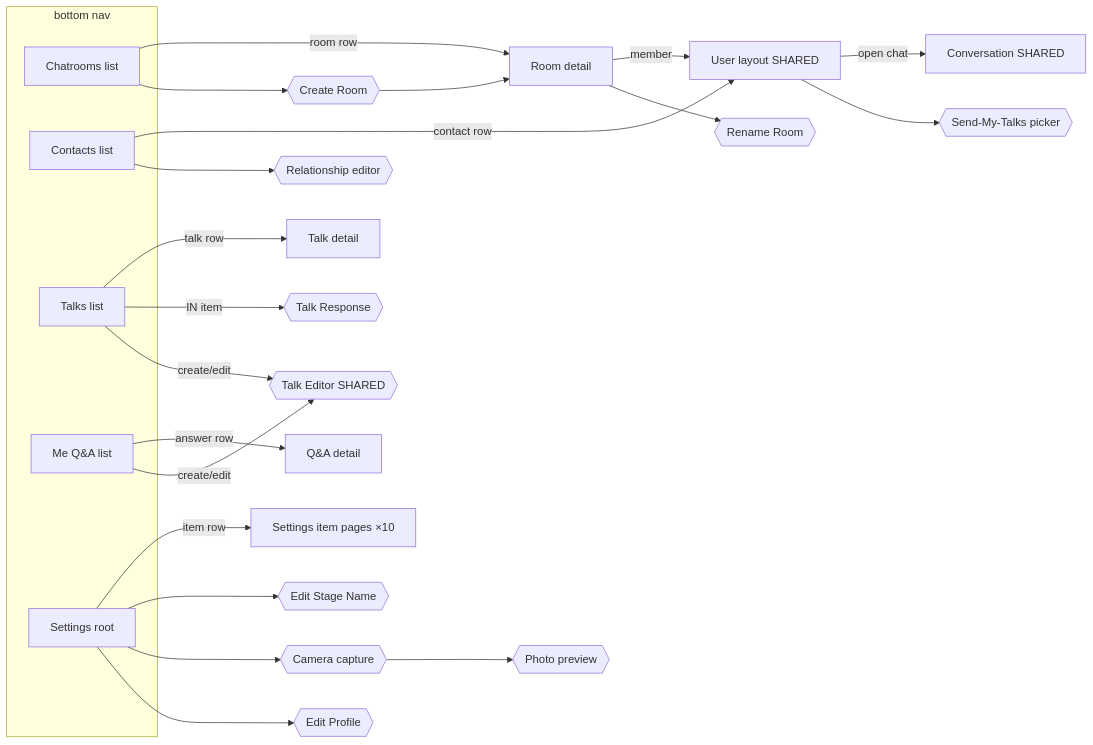
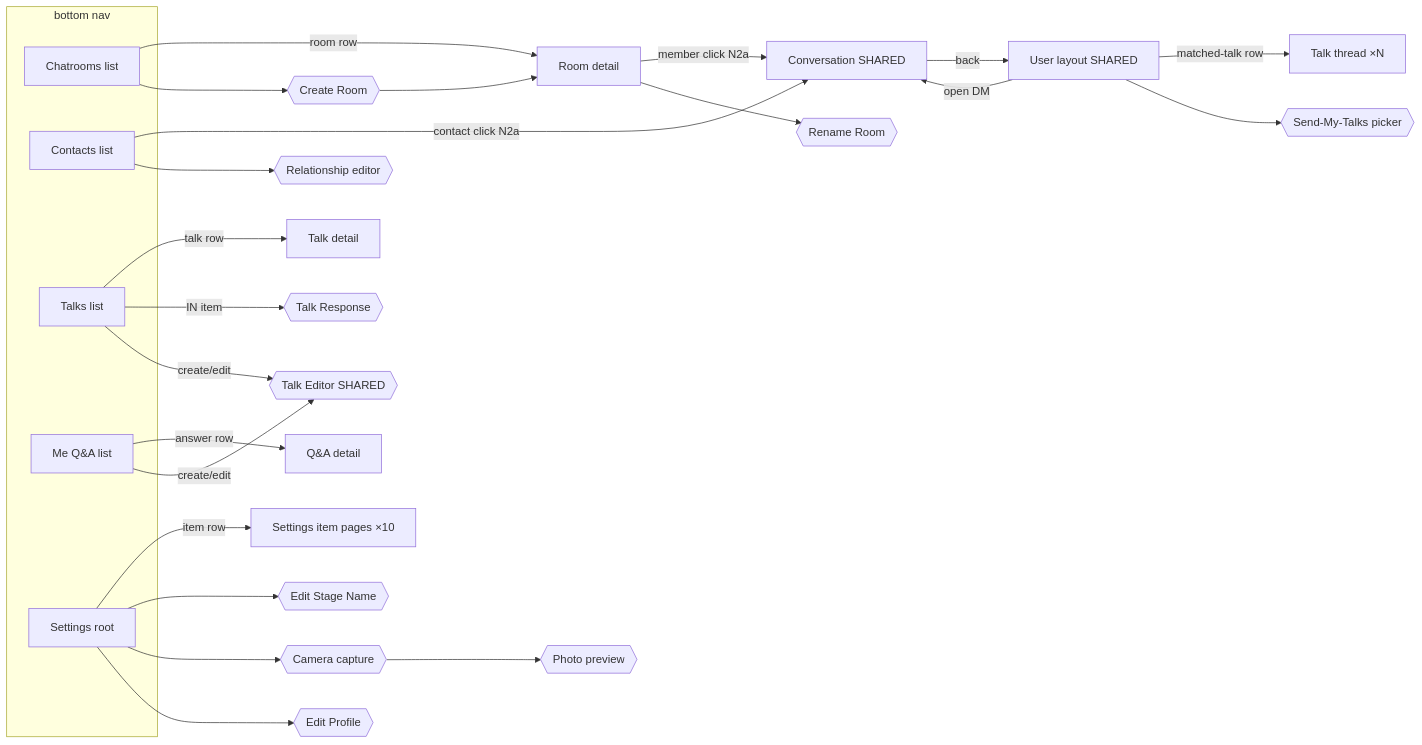
Before and after one commit to BernardJiang/IinPublic: the diagram in docs/gui-redesign-plan.md, drawn with Mermaid. The commit also changed other lines of this file and 2 other files, not shown here.

First line of the commit message:
Add conversation-first navigation, matched-talk threads, and platform test matrix

````diff
--- a/docs/gui-redesign-plan.md
+++ b/docs/gui-redesign-plan.md
@@ -167,23 +172,25 @@
 ```mermaid
 graph LR
   subgraph tabs [bottom nav]
     CH[Chatrooms list]; CO[Contacts list]; TA[Talks list]; ME[Me Q&A list]; SE[Settings root]
   end
   CH -->|room row| RD[Room detail]
-  RD -->|member| U[User layout SHARED]
-  CO -->|contact row| U
-  U -->|open chat| CV[Conversation SHARED]
+  RD -->|member click N2a| CV[Conversation SHARED]
+  CO -->|contact click N2a| CV
+  CV -->|back| U[User layout SHARED]
+  U -->|matched-talk row| TH[Talk thread ×N]
+  U -->|open DM| CV
   TA -->|talk row| TD[Talk detail]
   TA -->|IN item| TR{{Talk Response}}
   TA -->|create/edit| ED{{Talk Editor SHARED}}
   ME -->|answer row| QD[Q&A detail]
   ME -->|create/edit| ED
   SE -->|item row| SI[Settings item pages ×10]
   SE --> SN{{Edit Stage Name}}
   SE --> CAM{{Camera capture}} --> PP{{Photo preview}}
   SE --> EP{{Edit Profile}}
   CH --> CR{{Create Room}} --> RD
   RD --> RR{{Rename Room}}
   U --> SP{{Send-My-Talks picker}}
   CO --> RE{{Relationship editor}}
 ```
````
